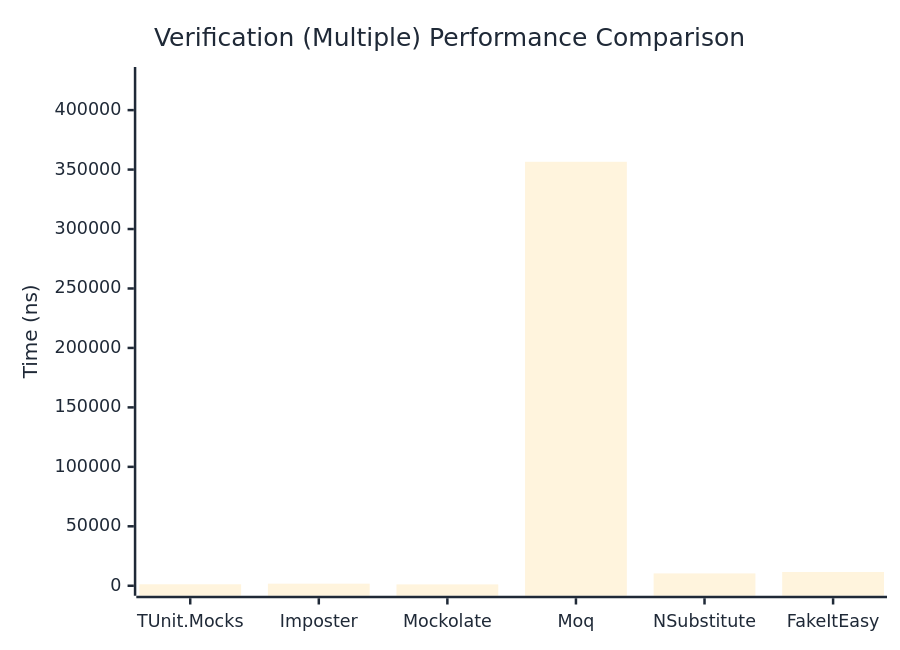
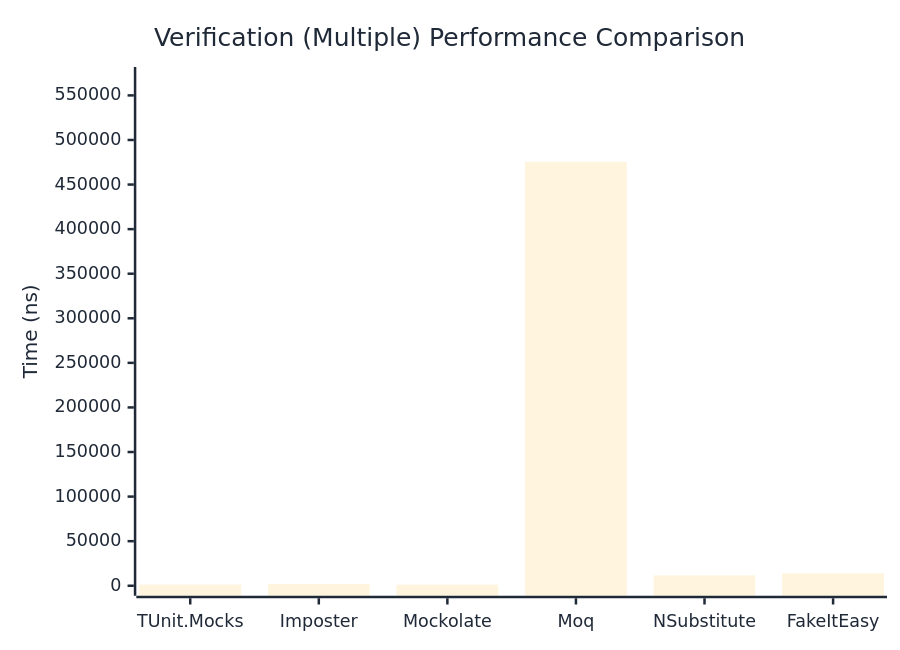
The third of 3 diagrams in docs/docs/benchmarks/mocks/Verification.md (thomhurst/TUnit), drawn with Mermaid before and after one commit. The commit also changed other lines of this file and 14 other files, not shown here.

````diff
--- a/docs/docs/benchmarks/mocks/Verification.md
+++ b/docs/docs/benchmarks/mocks/Verification.md
@@ -112,27 +112,27 @@
 ```mermaid
 %%{init: {
   'theme':'base',
   'themeVariables': {
     'primaryColor': '#2563eb',
     'primaryTextColor': '#1f2937',
     'primaryBorderColor': '#1e40af',
     'lineColor': '#6b7280',
     'secondaryColor': '#7c3aed',
     'tertiaryColor': '#dc2626',
     'background': '#ffffff',
     'pie1': '#2563eb',
     'pie2': '#7c3aed',
     'pie3': '#dc2626',
     'pie4': '#f59e0b',
     'pie5': '#10b981',
     'pie6': '#06b6d4',
     'pie7': '#ec4899',
     'pie8': '#6366f1'
   }
 }}%%
 xychart-beta
   title "Verification (Multiple) Performance Comparison"
   x-axis ["TUnit.Mocks", "Imposter", "Mockolate", "Moq", "NSubstitute", "FakeItEasy"]
-  y-axis "Time (ns)" 0 --> 427850
-  bar [1251.18, 1753.09, 1146.45, 356541.2, 10374.61, 11568.61]
+  y-axis "Time (ns)" 0 --> 570634
+  bar [1309.78, 1797.96, 1251.59, 475527.58, 11547.33, 13953.41]
 ```
````
